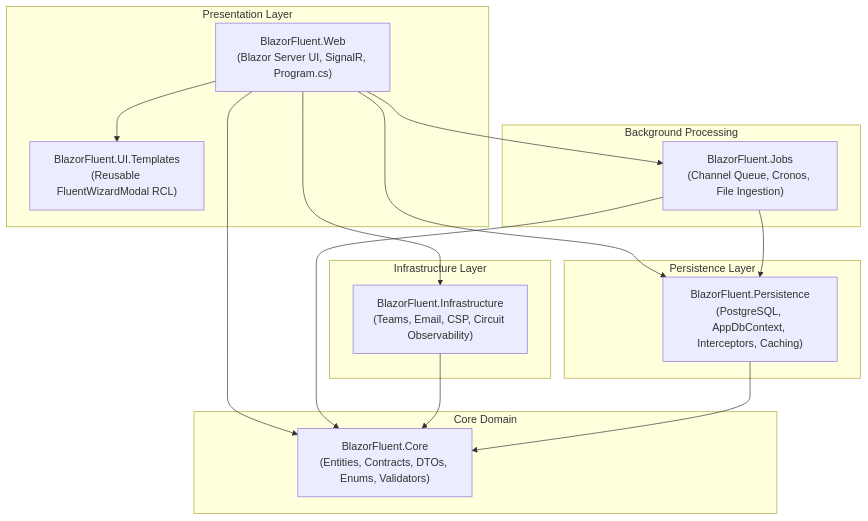
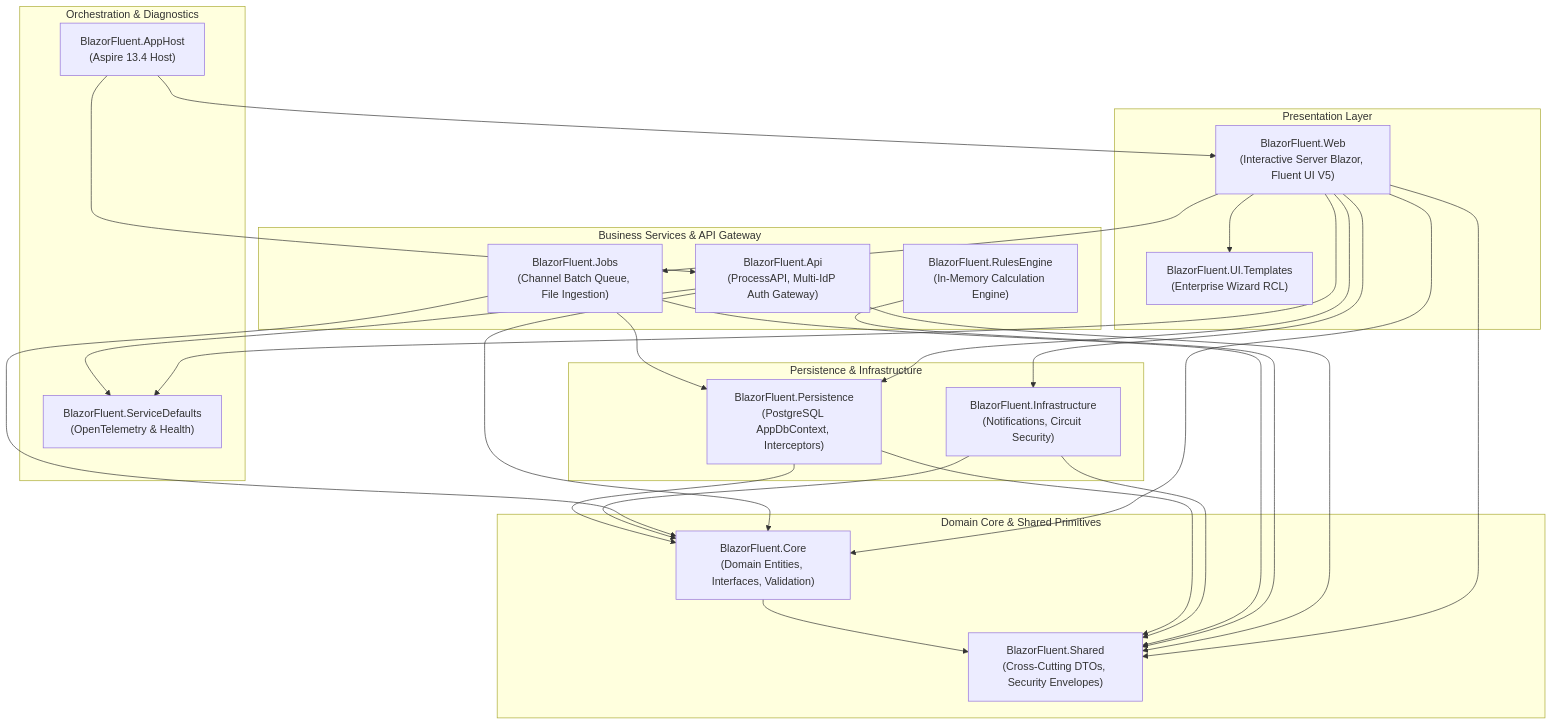
One commit to cheriansk/blazor-fluent changed the first of 3 diagrams in README.md. Above: the diagram before and after it, drawn with Mermaid. The commit also changed other lines of this file and 292 other files, not shown here.

````diff
--- a/README.md
+++ b/README.md
@@ -32,33 +36,50 @@
 ```mermaid
 flowchart TD
-    subgraph UI ["Presentation Layer"]
-        Web["BlazorFluent.Web\n(Blazor Server UI, SignalR, Program.cs)"]
-        Templates["BlazorFluent.UI.Templates\n(Reusable FluentWizardModal RCL)"]
+    subgraph Orchestration ["Orchestration & Diagnostics"]
+        AppHost["BlazorFluent.AppHost\n(Aspire 13.4 Host)"]
+        Defaults["BlazorFluent.ServiceDefaults\n(OpenTelemetry & Health)"]
     end
 
-    subgraph Background ["Background Processing"]
-        Jobs["BlazorFluent.Jobs\n(Channel Queue, Cronos, File Ingestion)"]
+    subgraph Presentation ["Presentation Layer"]
+        Web["BlazorFluent.Web\n(Interactive Server Blazor, Fluent UI V5)"]
+        Templates["BlazorFluent.UI.Templates\n(Enterprise Wizard RCL)"]
     end
 
-    subgraph Integration ["Infrastructure Layer"]
-        Infra["BlazorFluent.Infrastructure\n(Teams, Email, CSP, Circuit Observability)"]
+    subgraph BusinessAndApi ["Business Services & API Gateway"]
+        Api["BlazorFluent.Api\n(ProcessAPI, Multi-IdP Auth Gateway)"]
+        Rules["BlazorFluent.RulesEngine\n(In-Memory Calculation Engine)"]
+        Jobs["BlazorFluent.Jobs\n(Channel Batch Queue, File Ingestion)"]
     end
 
-    subgraph Data ["Persistence Layer"]
-        Persist["BlazorFluent.Persistence\n(PostgreSQL, AppDbContext, Interceptors, Caching)"]
+    subgraph DataAndInfra ["Persistence & Infrastructure"]
+        Infra["BlazorFluent.Infrastructure\n(Notifications, Circuit Security)"]
+        Persist["BlazorFluent.Persistence\n(PostgreSQL AppDbContext, Interceptors)"]
     end
 
-    subgraph Domain ["Core Domain"]
-        Core["BlazorFluent.Core\n(Entities, Contracts, DTOs, Enums, Validators)"]
+    subgraph CoreRing ["Domain Core & Shared Primitives"]
+        Core["BlazorFluent.Core\n(Domain Entities, Interfaces, Validation)"]
+        Shared["BlazorFluent.Shared\n(Cross-Cutting DTOs, Security Envelopes)"]
     end
 
+    AppHost --> Web
+    AppHost --> Api
+    Web --> Defaults
+    Api --> Defaults
     Web --> Templates
     Web --> Jobs
     Web --> Infra
     Web --> Persist
     Web --> Core
+    Web --> Shared
+    Api --> Core
+    Api --> Shared
+    Rules --> Shared
     Jobs --> Persist
     Jobs --> Core
+    Jobs --> Shared
     Infra --> Core
+    Infra --> Shared
     Persist --> Core
+    Persist --> Shared
+    Core --> Shared
 ```
````
